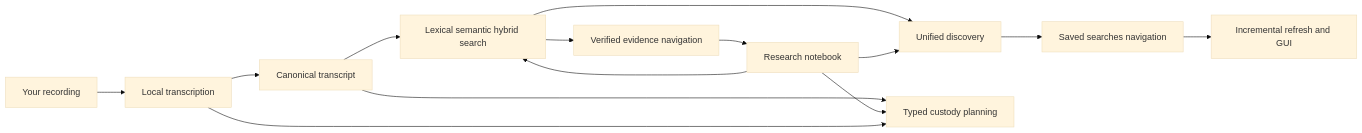
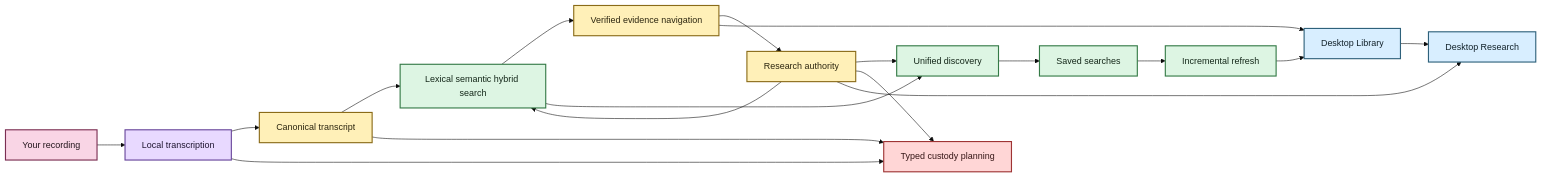
Before and after one commit to SSD1805/EchoFlow: the diagram in docs/README.md, drawn with Mermaid (base theme). The commit also changed other lines of this file, not shown here.

Commit message:
docs: refresh documentation landing page

````diff
--- a/docs/README.md
+++ b/docs/README.md
@@ -103,16 +112,34 @@
 ```mermaid
 flowchart LR
     A[Your recording] --> B[Local transcription]
     B --> C[Canonical transcript]
     C --> D[Lexical semantic hybrid search]
     D --> E[Verified evidence navigation]
-    E --> F[Research notebook]
+    E --> F[Research authority]
     F --> D
     D --> G[Unified discovery]
     F --> G
-    G --> H[Saved searches navigation]
+    G --> H[Saved searches]
     C --> I[Typed custody planning]
     F --> I
     B --> I
-    H --> J[Incremental refresh and GUI]
+    H --> J[Incremental refresh]
+    J --> K[Desktop Library]
+    E --> K
+    F --> L[Desktop Research]
+    K --> L
+
+    classDef source fill:#F9D5E5,stroke:#7B2E52,stroke-width:2px,color:#22151B
+    classDef process fill:#E8D9FF,stroke:#68469B,stroke-width:2px,color:#1F1630
+    classDef evidence fill:#FFF0B8,stroke:#8A6B18,stroke-width:2px,color:#2C260F
+    classDef view fill:#DDF5E3,stroke:#347A46,stroke-width:2px,color:#142719
+    classDef inspect fill:#D8EEFF,stroke:#2E617B,stroke-width:2px,color:#12222A
+    classDef stop fill:#FFD6D6,stroke:#9E3434,stroke-width:2px,color:#351616
+
+    class A source
+    class B process
+    class C,E,F evidence
+    class D,G,H,J view
+    class I stop
+    class K,L inspect
 ```
````
